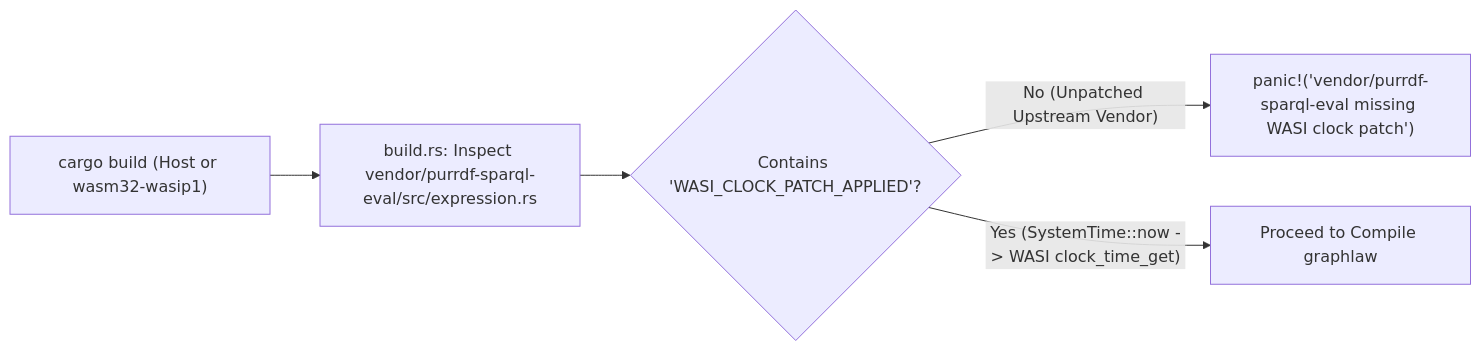
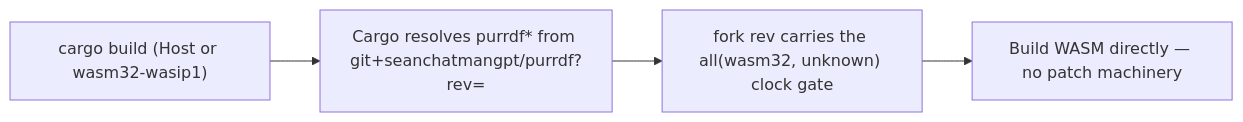
Before and after one commit to seanchatmangpt/graphlaw: diagram 23 of 28 in docs/PHD_THESIS_GRAPHLAW_WASM_SQLRDF.md, drawn with Mermaid. The commit also changed other lines of this file and 2104 other files, not shown here.

````diff
--- a/docs/PHD_THESIS_GRAPHLAW_WASM_SQLRDF.md
+++ b/docs/PHD_THESIS_GRAPHLAW_WASM_SQLRDF.md
@@ -1351,7 +1351,6 @@
 ```mermaid
 flowchart LR
-    CargoBuild["cargo build (Host or wasm32-wasip1)"] --> BuildRs["build.rs: Inspect vendor/purrdf-sparql-eval/src/expression.rs"]
-    BuildRs --> HasMarker{"Contains 'WASI_CLOCK_PATCH_APPLIED'?"}
-    HasMarker -->|"No (Unpatched Upstream Vendor)"| Panic["panic!('vendor/purrdf-sparql-eval missing WASI clock patch')"]
-    HasMarker -->|"Yes (SystemTime::now -> WASI clock_time_get)"| Compile["Proceed to Compile graphlaw"]
+    CargoBuild["cargo build (Host or wasm32-wasip1)"] --> Resolve["Cargo resolves purrdf* from git+seanchatmangpt/purrdf?rev=<pin>"]
+    Resolve --> Fork["fork rev carries the all(wasm32, unknown) clock gate"]
+    Fork --> Compile["Build WASM directly — no patch machinery"]
 ```
````
